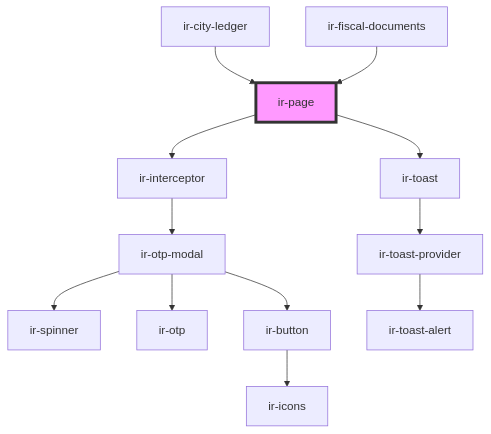
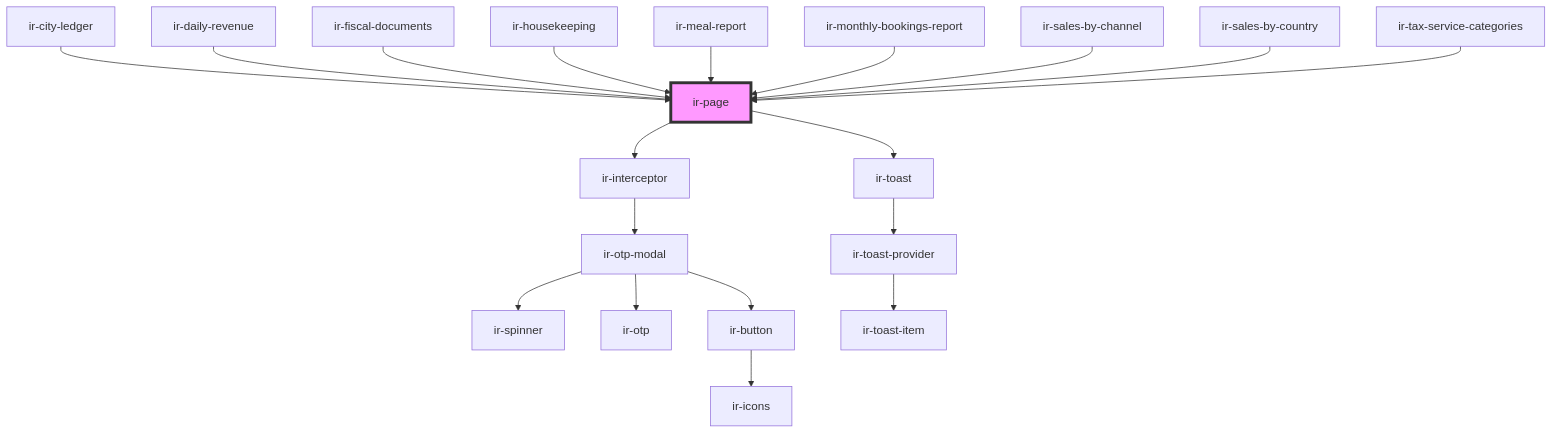
The diagram in src/components/ui/ir-page/readme.md (RonyRizk/ir-webcmp), drawn with Mermaid before and after one commit. The commit also changed other lines of this file and 508 other files, not shown here.

````diff
--- a/src/components/ui/ir-page/readme.md
+++ b/src/components/ui/ir-page/readme.md
@@ -29,15 +43,22 @@
 ```mermaid
 graph TD;
   ir-page --> ir-interceptor
   ir-page --> ir-toast
   ir-interceptor --> ir-otp-modal
   ir-otp-modal --> ir-spinner
   ir-otp-modal --> ir-otp
   ir-otp-modal --> ir-button
   ir-button --> ir-icons
   ir-toast --> ir-toast-provider
-  ir-toast-provider --> ir-toast-alert
+  ir-toast-provider --> ir-toast-item
   ir-city-ledger --> ir-page
+  ir-daily-revenue --> ir-page
   ir-fiscal-documents --> ir-page
+  ir-housekeeping --> ir-page
+  ir-meal-report --> ir-page
+  ir-monthly-bookings-report --> ir-page
+  ir-sales-by-channel --> ir-page
+  ir-sales-by-country --> ir-page
+  ir-tax-service-categories --> ir-page
   style ir-page fill:#f9f,stroke:#333,stroke-width:4px
 ```
````
